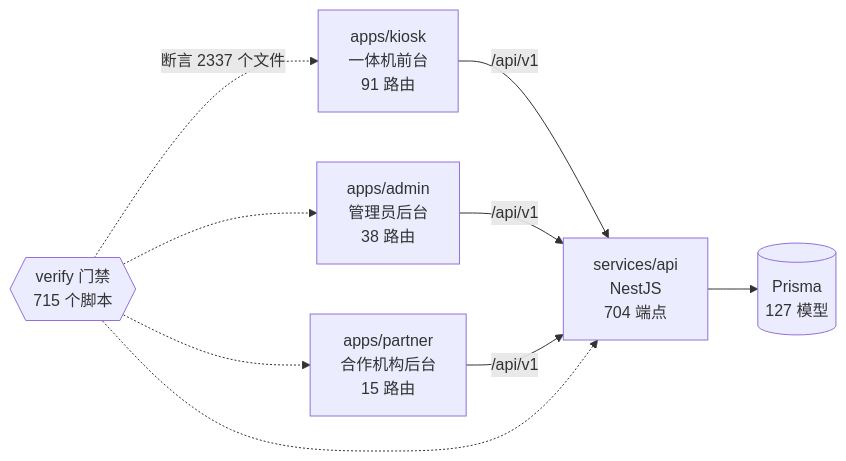
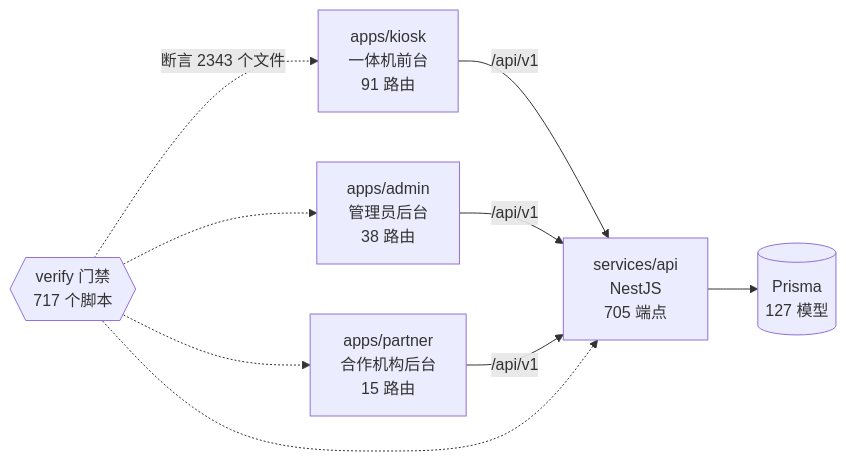
The diagram in docs/graph/README.md (wanglei581/YITIJI), drawn with Mermaid before and after one commit. The commit also changed other lines of this file and 5 other files, not shown here.

Commit message:
chore(graph): P2d2b 重生项目图谱并同步开发进度

````diff
--- a/docs/graph/README.md
+++ b/docs/graph/README.md
@@ -68,18 +68,18 @@
 ```mermaid
 flowchart LR
   kiosk["apps/kiosk<br/>一体机前台<br/>91 路由"]
   admin["apps/admin<br/>管理员后台<br/>38 路由"]
   partner["apps/partner<br/>合作机构后台<br/>15 路由"]
-  api["services/api<br/>NestJS<br/>704 端点"]
+  api["services/api<br/>NestJS<br/>705 端点"]
   db[("Prisma<br/>127 模型")]
-  gates{{"verify 门禁<br/>715 个脚本"}}
+  gates{{"verify 门禁<br/>717 个脚本"}}
 
   kiosk -->|"/api/v1"| api
   admin -->|"/api/v1"| api
   partner -->|"/api/v1"| api
   api --> db
-  gates -.->|"断言 2337 个文件"| kiosk
+  gates -.->|"断言 2343 个文件"| kiosk
   gates -.-> admin
   gates -.-> partner
   gates -.-> api
 ```
````
